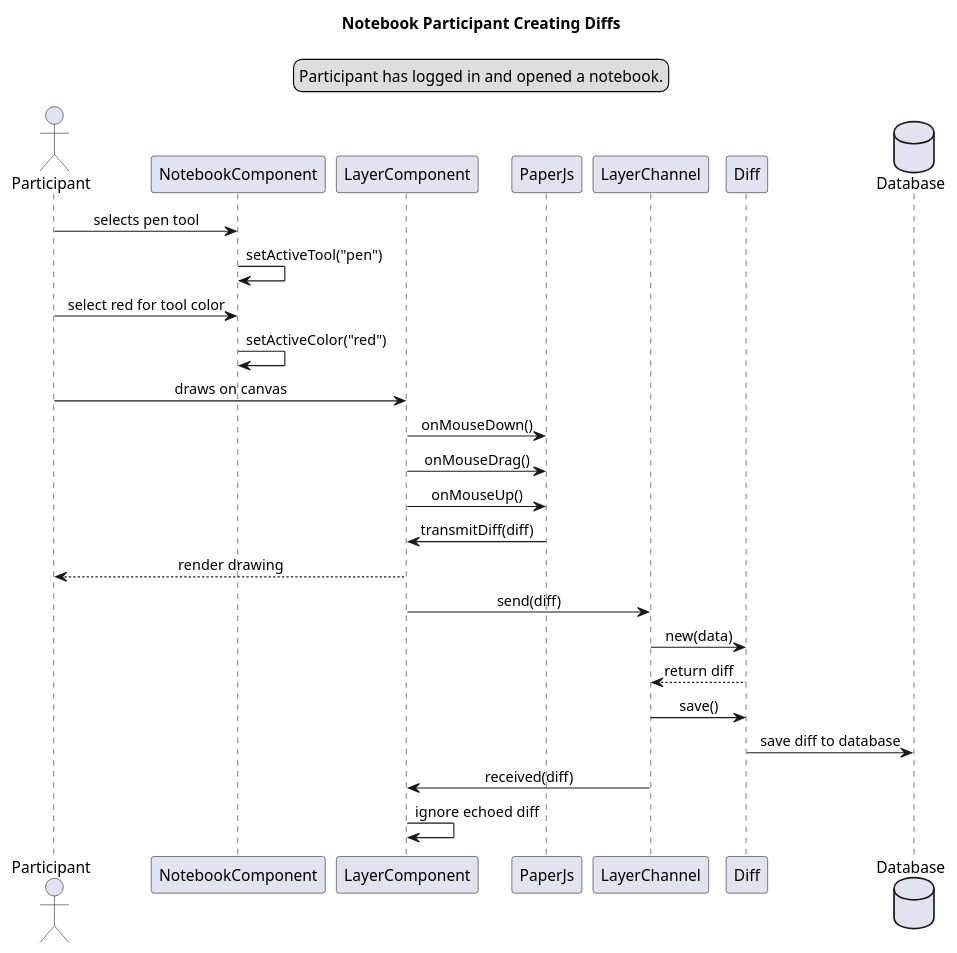
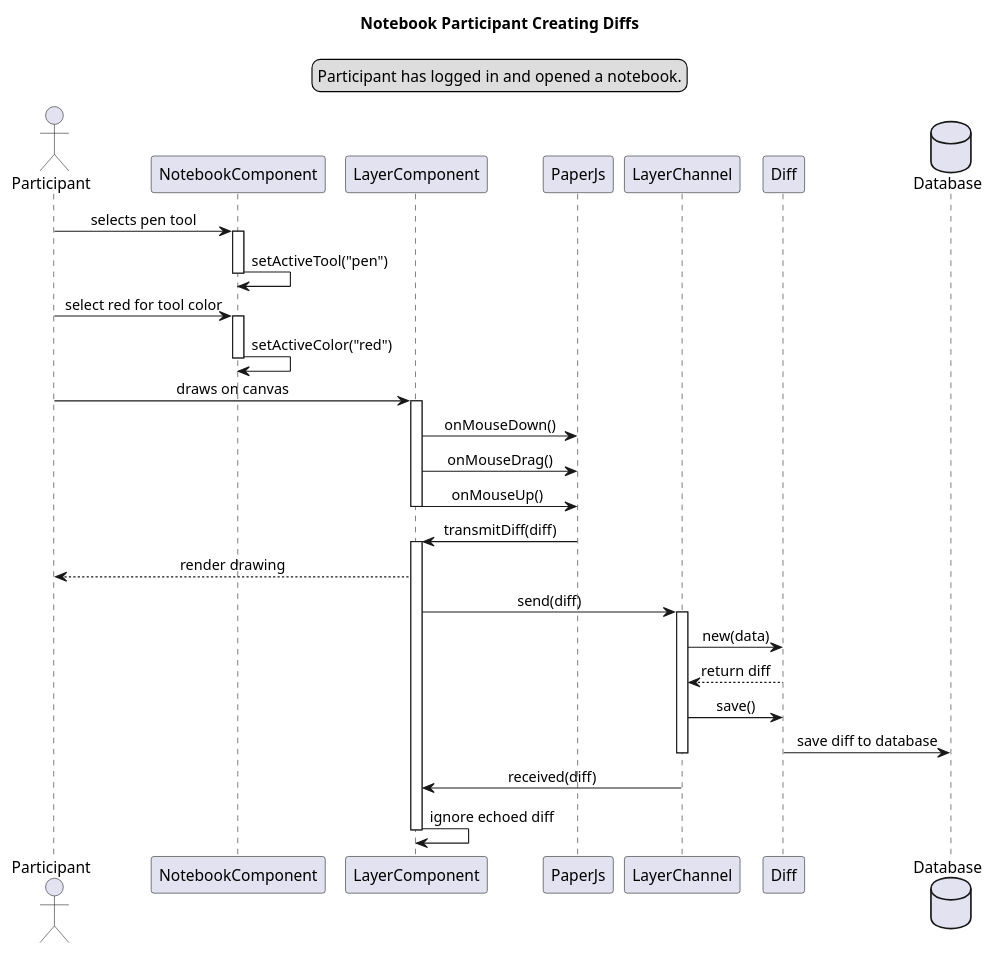
One commit to calebschoepp/canvasync changed the diagram in docs/preliminary_design/participant_create_diffs_seq.plantuml. Above: the diagram before and after it, drawn with PlantUML. The commit also changed 14 other files, not shown here.

```diff
--- a/docs/preliminary_design/participant_create_diffs_seq.plantuml
+++ b/docs/preliminary_design/participant_create_diffs_seq.plantuml
@@ -1,36 +1,44 @@
 @startuml Notebook Participant Creating Diffs
 title Notebook Participant Creating Diffs
 skinparam sequenceMessageAlign center
 legend top
 Participant has logged in and opened a notebook.
 endlegend
 
 actor Participant as partic
 participant NotebookComponent as nc
 participant LayerComponent as lc
 participant PaperJs as pjs
 participant LayerChannel as lch
 participant Diff as d
 database Database as db
 
 partic -> nc : selects pen tool
+activate nc
 nc -> nc : setActiveTool("pen")
+deactivate nc
 partic -> nc : select red for tool color
+activate nc
 nc -> nc : setActiveColor("red")
+deactivate nc
 partic -> lc : draws on canvas
-
+activate lc
 lc -> pjs : onMouseDown()
 lc -> pjs : onMouseDrag()
 lc -> pjs : onMouseUp()
+deactivate lc
 pjs -> lc : transmitDiff(diff)
-
+activate lc
 lc --> partic : render drawing
 lc -> lch : send(diff)
+activate lch
 lch -> d : new(data)
 d --> lch : return diff
 lch -> d : save()
 d -> db : save diff to database
+deactivate lch
 lch -> lc : received(diff)
 lc -> lc : ignore echoed diff
+deactivate lc
 
 @enduml
```
